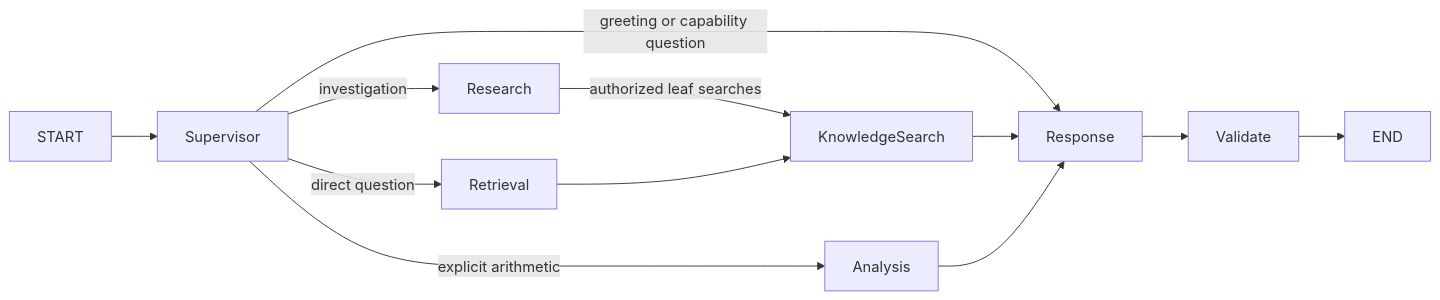
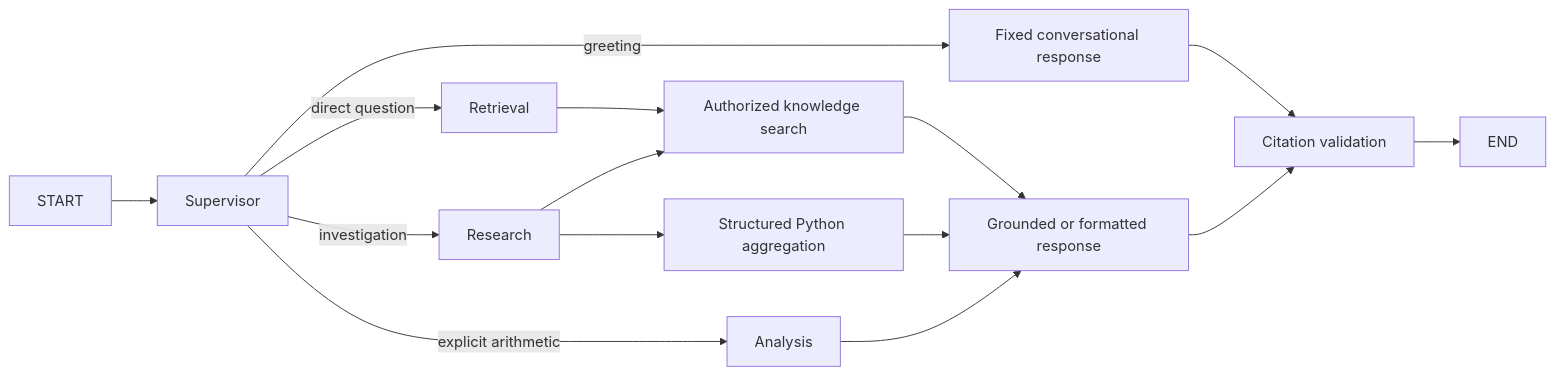
The diagram in docs/agent-design.md (Thavarshan/enterprise-knowledge-assistant), drawn with Mermaid before and after one commit. The commit also changed other lines of this file and 17 other files, not shown here.

````diff
--- a/docs/agent-design.md
+++ b/docs/agent-design.md
@@ -11,14 +11,17 @@
 ```mermaid
 flowchart LR
   START --> Supervisor
-  Supervisor -->|greeting or capability question| Response
+  Supervisor -->|greeting| SmallTalk[Fixed conversational response]
   Supervisor -->|direct question| Retrieval
   Supervisor -->|investigation| Research
   Supervisor -->|explicit arithmetic| Analysis
-  Research -->|authorized leaf searches| KnowledgeSearch
-  Retrieval --> KnowledgeSearch
+  Retrieval --> KnowledgeSearch[Authorized knowledge search]
+  Research --> KnowledgeSearch
+  Research --> IncidentAnalysis[Structured Python aggregation]
   KnowledgeSearch --> Response
+  IncidentAnalysis --> Response[Grounded or formatted response]
   Analysis --> Response
-  Response --> Validate
+  SmallTalk --> Validate
+  Response --> Validate[Citation validation]
   Validate --> END
 ```
````
